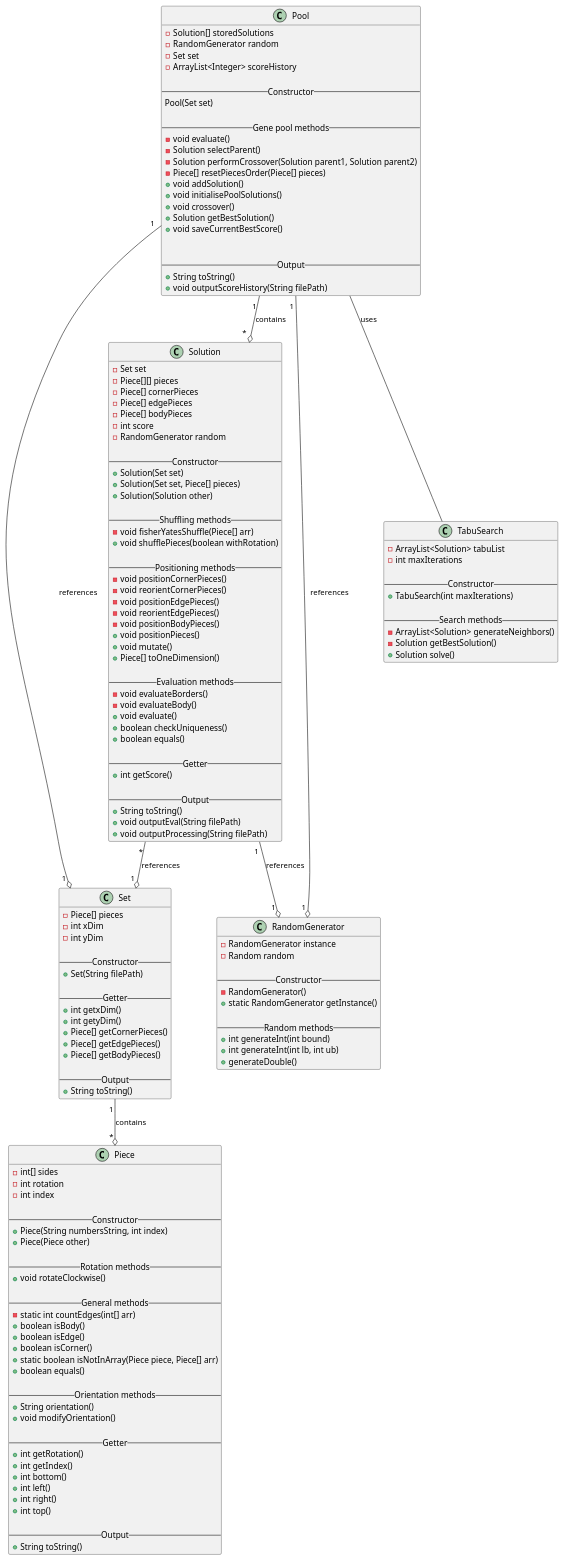
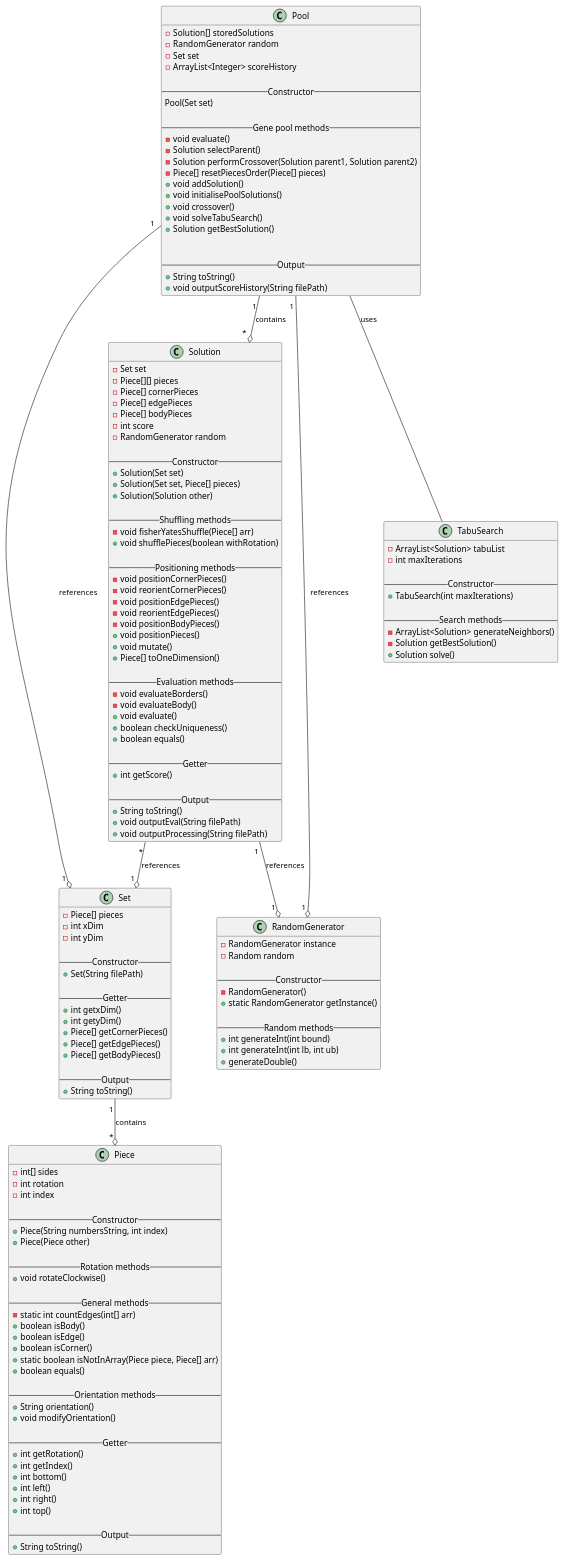
The diagram in docs/classes.puml (romainmrad/Eternity), drawn with PlantUML before and after one commit. The commit also changed 21 other files, not shown here.

```diff
--- a/docs/classes.puml
+++ b/docs/classes.puml
@@ -1,163 +1,163 @@
 @startuml
 
 class Piece {
     - int[] sides
     - int rotation
     - int index
 
     -- Constructor --
     + Piece(String numbersString, int index)
     + Piece(Piece other)
 
     -- Rotation methods --
     + void rotateClockwise()
 
     -- General methods --
     - static int countEdges(int[] arr)
     + boolean isBody()
     + boolean isEdge()
     + boolean isCorner()
     + static boolean isNotInArray(Piece piece, Piece[] arr)
     + boolean equals()
 
     -- Orientation methods --
     + String orientation()
     + void modifyOrientation()
 
     -- Getter --
     + int getRotation()
     + int getIndex()
     + int bottom()
     + int left()
     + int right()
     + int top()
 
     -- Output --
     + String toString()
 }
 
 class Set {
     - Piece[] pieces
     - int xDim
     - int yDim
 
     -- Constructor --
     + Set(String filePath)
 
     -- Getter --
     + int getxDim()
     + int getyDim()
     + Piece[] getCornerPieces()
     + Piece[] getEdgePieces()
     + Piece[] getBodyPieces()
 
     -- Output --
     + String toString()
 }
 
 class Solution {
     - Set set
     - Piece[][] pieces
     - Piece[] cornerPieces
     - Piece[] edgePieces
     - Piece[] bodyPieces
     - int score
     - RandomGenerator random
 
     -- Constructor --
     + Solution(Set set)
     + Solution(Set set, Piece[] pieces)
     + Solution(Solution other)
 
     -- Shuffling methods --
     - void fisherYatesShuffle(Piece[] arr)
     + void shufflePieces(boolean withRotation)
 
     -- Positioning methods --
     - void positionCornerPieces()
     - void reorientCornerPieces()
     - void positionEdgePieces()
     - void reorientEdgePieces()
     - void positionBodyPieces()
     + void positionPieces()
     + void mutate()
     + Piece[] toOneDimension()
 
     -- Evaluation methods --
     - void evaluateBorders()
     - void evaluateBody()
     + void evaluate()
     + boolean checkUniqueness()
     + boolean equals()
 
     -- Getter --
     + int getScore()
 
     -- Output  --
     + String toString()
     + void outputEval(String filePath)
     + void outputProcessing(String filePath)
 }
 
 class Pool {
     - Solution[] storedSolutions
     - RandomGenerator random
     - Set set
     - ArrayList<Integer> scoreHistory
 
     -- Constructor --
     Pool(Set set)
 
     -- Gene pool methods --
     - void evaluate()
     - Solution selectParent()
     - Solution performCrossover(Solution parent1, Solution parent2)
     - Piece[] resetPiecesOrder(Piece[] pieces)
     + void addSolution()
     + void initialisePoolSolutions()
     + void crossover()
+    + void solveTabuSearch()
     + Solution getBestSolution()
-    + void saveCurrentBestScore()
 
 
     -- Output --
     + String toString()
     + void outputScoreHistory(String filePath)
 }
 
 class RandomGenerator {
     - RandomGenerator instance
     - Random random
 
     -- Constructor --
     - RandomGenerator()
     + static RandomGenerator getInstance()
 
     -- Random methods --
     + int generateInt(int bound)
     + int generateInt(int lb, int ub)
     + generateDouble()
 }
 
 class TabuSearch {
     - ArrayList<Solution> tabuList
     - int maxIterations
 
     -- Constructor --
     + TabuSearch(int maxIterations)
 
     -- Search methods --
     - ArrayList<Solution> generateNeighbors()
     - Solution getBestSolution()
     + Solution solve()
 }
 
 Pool " 1 " --o " *  " Solution: contains
 Pool " 1 " --o " 1 " Set: references
 Pool " 1 " --o " 1 " RandomGenerator: references
 Solution " 1 " --o " 1 " RandomGenerator: references
 Solution " * " --o " 1 " Set: references
 Set "1 " --o " * " Piece: contains
 Pool -- TabuSearch: uses
 
 @enduml
```
